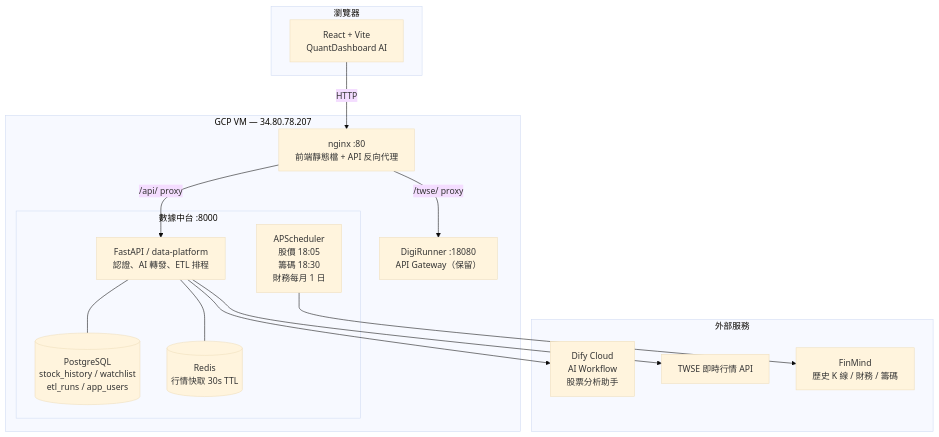
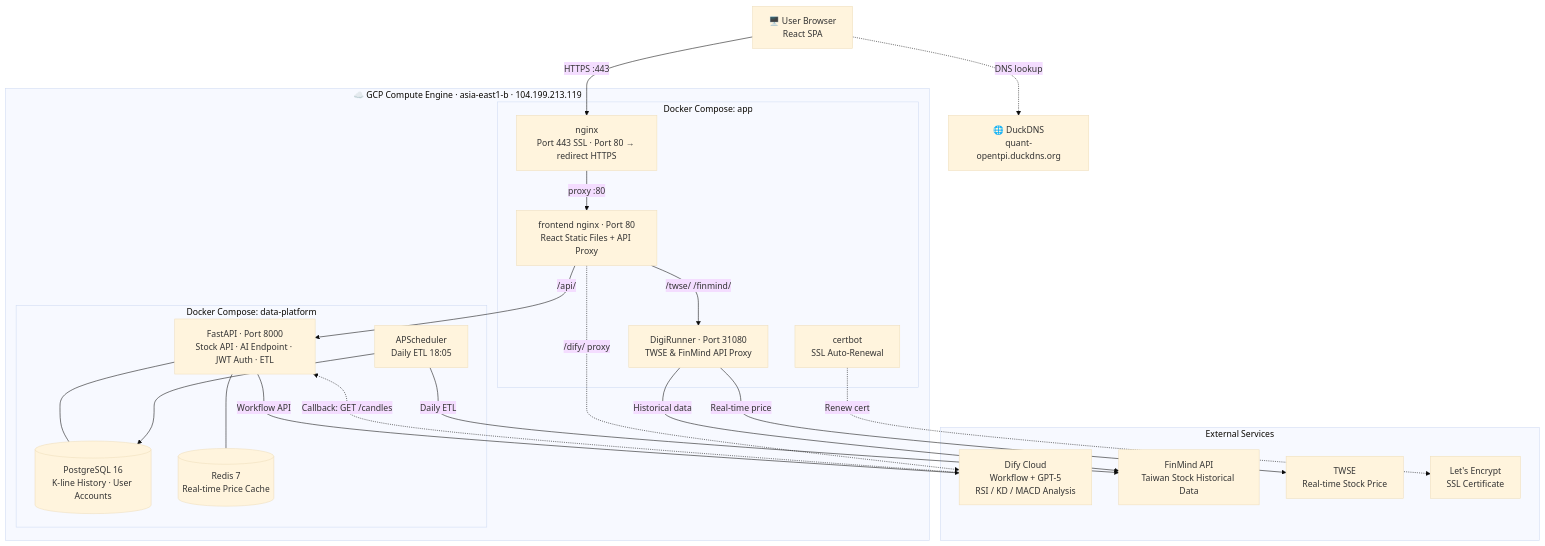
One commit to kevinzeroCode/GDG-opentpi-2026 changed the diagram in README.md. Above: the diagram before and after it, drawn with Mermaid (base theme). The commit also changed other lines of this file, not shown here.

Commit message:
docs: update README with HTTPS domain, accurate architecture diagram, and Phase 4 completion

````diff
--- a/README.md
+++ b/README.md
@@ -18,35 +18,44 @@
 ```mermaid
-graph TB
-    subgraph Client["瀏覽器"]
-        FE["React + Vite<br/>QuantDashboard AI"]
+flowchart TD
+    User["🖥️ User Browser\nReact SPA"]
+    DNS["🌐 DuckDNS\nquant-opentpi.duckdns.org"]
+
+    subgraph GCP["☁️ GCP Compute Engine · asia-east1-b · 104.199.213.119"]
+        subgraph APP["Docker Compose: app"]
+            NGINX["nginx\nPort 443 SSL · Port 80 → redirect HTTPS"]
+            CERTBOT["certbot\nSSL Auto-Renewal"]
+            FRONTEND["frontend nginx · Port 80\nReact Static Files + API Proxy"]
+            DIGI["DigiRunner · Port 31080\nTWSE & FinMind API Proxy"]
+        end
+
+        subgraph DP["Docker Compose: data-platform"]
+            FASTAPI["FastAPI · Port 8000\nStock API · AI Endpoint · JWT Auth · ETL"]
+            PG[("PostgreSQL 16\nK-line History · User Accounts")]
+            REDIS[("Redis 7\nReal-time Price Cache")]
+            SCHED["APScheduler\nDaily ETL 18:05"]
+        end
     end
 
-    subgraph GCP["GCP VM — 34.80.78.207"]
-        NGX["nginx :80<br/>前端靜態檔 + API 反向代理"]
-
-        subgraph Platform["數據中台 :8000"]
-            API["FastAPI / data-platform<br/>認證、AI 轉發、ETL 排程"]
-            PG[("PostgreSQL<br/>stock_history / watchlist<br/>etl_runs / app_users")]
-            RD[("Redis<br/>行情快取 30s TTL")]
-            ETL["APScheduler<br/>股價 18:05<br/>籌碼 18:30<br/>財務每月 1 日"]
-        end
-
-        DGR["DigiRunner :18080<br/>API Gateway（保留）"]
+    subgraph EXT["External Services"]
+        DIFY["Dify Cloud\nWorkflow + GPT-5\nRSI / KD / MACD Analysis"]
+        FINMIND["FinMind API\nTaiwan Stock Historical Data"]
+        TWSE["TWSE\nReal-time Stock Price"]
+        LE["Let's Encrypt\nSSL Certificate"]
     end
 
-    subgraph External["外部服務"]
-        DIFY["Dify Cloud<br/>AI Workflow<br/>股票分析助手"]
-        TWSE["TWSE 即時行情 API"]
-        FM["FinMind<br/>歷史 K 線 / 財務 / 籌碼"]
-    end
-
-    FE -- "HTTP" --> NGX
-    NGX -- "/api/ proxy" --> API
-    NGX -- "/twse/ proxy" --> DGR
-
-    API --> DIFY
-    API --> TWSE
-    API --- PG
-    API --- RD
-    ETL --> FM
+    User -->|"HTTPS :443"| NGINX
+    User -. "DNS lookup" .-> DNS
+    NGINX -->|"proxy :80"| FRONTEND
+    CERTBOT -. "Renew cert" .-> LE
+    FRONTEND -->|"/api/"| FASTAPI
+    FRONTEND -->|"/twse/ /finmind/"| DIGI
+    FRONTEND -. "/dify/ proxy" .-> DIFY
+    FASTAPI -->|"Workflow API"| DIFY
+    DIFY -. "Callback: GET /candles" .-> FASTAPI
+    FASTAPI --- PG
+    FASTAPI --- REDIS
+    DIGI -->|"Real-time price"| TWSE
+    DIGI -->|"Historical data"| FINMIND
+    SCHED -->|"Daily ETL"| FINMIND
+    SCHED --> PG
 ```
````
